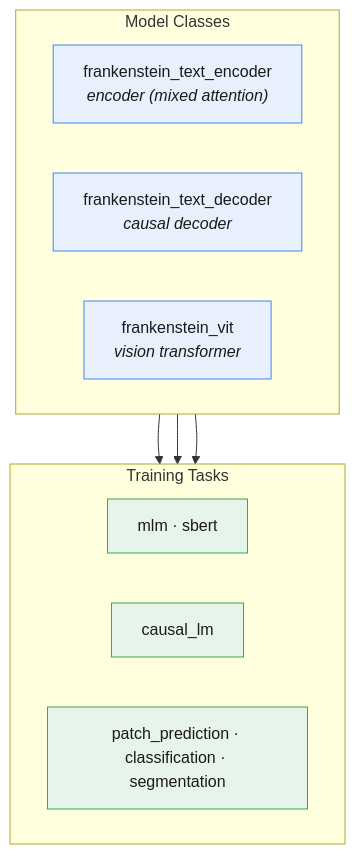
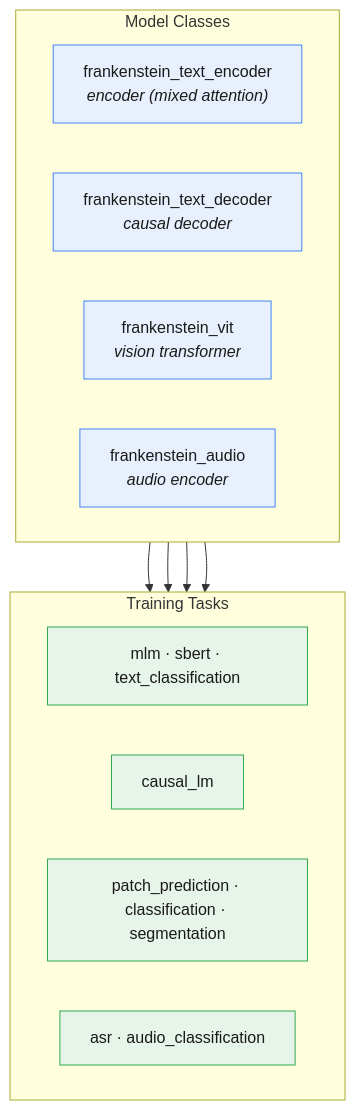
Before and after one commit to erickfmm/frankenstein-transformer: the second of 2 diagrams in README.md, drawn with Mermaid. The commit also changed other lines of this file and 6 other files, not shown here.

````diff
--- a/README.md
+++ b/README.md
@@ -45,25 +45,30 @@
 ```mermaid
 flowchart TB
     subgraph CLASSES["Model Classes"]
         direction LR
         E["frankenstein_text_encoder<br/><i>encoder (mixed attention)</i>"]
         D["frankenstein_text_decoder<br/><i>causal decoder</i>"]
         V["frankenstein_vit<br/><i>vision transformer</i>"]
+        A["frankenstein_audio<br/><i>audio encoder</i>"]
     end
     subgraph TASKS["Training Tasks"]
         direction LR
-        T1["mlm · sbert"]
+        T1["mlm · sbert · text_classification"]
         T2["causal_lm"]
         T3["patch_prediction · classification · segmentation"]
+        T4["asr · audio_classification"]
     end
     E --> T1
     D --> T2
     V --> T3
+    A --> T4
 
     style E fill:#e8f0fe,stroke:#4285f4,color:#1a1a1a
     style D fill:#e8f0fe,stroke:#4285f4,color:#1a1a1a
     style V fill:#e8f0fe,stroke:#4285f4,color:#1a1a1a
+    style A fill:#e8f0fe,stroke:#4285f4,color:#1a1a1a
     style T1 fill:#e6f4ea,stroke:#34a853,color:#1a1a1a
     style T2 fill:#e6f4ea,stroke:#34a853,color:#1a1a1a
     style T3 fill:#e6f4ea,stroke:#34a853,color:#1a1a1a
+    style T4 fill:#e6f4ea,stroke:#34a853,color:#1a1a1a
 ```
````
